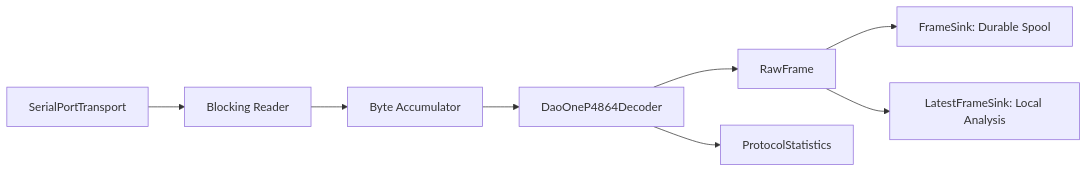
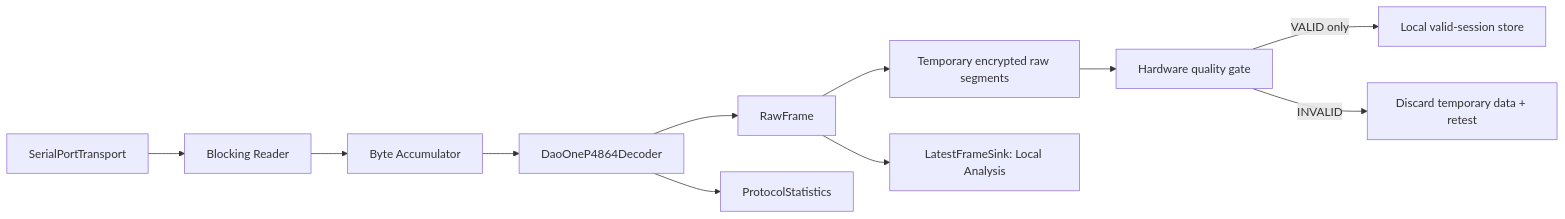
Before and after one commit to RGu0/feet-force-plate: the diagram in docs/modules/02-device-acquisition.md, drawn with Mermaid. The commit also changed other lines of this file and 25 other files, not shown here.

````diff
--- a/docs/modules/02-device-acquisition.md
+++ b/docs/modules/02-device-acquisition.md
@@ -47,10 +47,13 @@
 ```mermaid
 flowchart LR
     PORT["SerialPortTransport"] --> READ["Blocking Reader"]
     READ --> BUFFER["Byte Accumulator"]
     BUFFER --> DECODER["DaoOneP4864Decoder"]
     DECODER --> FRAME["RawFrame"]
-    FRAME --> STORE["FrameSink: Durable Spool"]
+    FRAME --> TEMP["Temporary encrypted raw segments"]
+    TEMP --> GATE["Hardware quality gate"]
+    GATE -->|"VALID only"| STORE["Local valid-session store"]
+    GATE -->|"INVALID"| DISCARD["Discard temporary data + retest"]
     FRAME --> LATEST["LatestFrameSink: Local Analysis"]
     DECODER --> STATS["ProtocolStatistics"]
 ```
````
